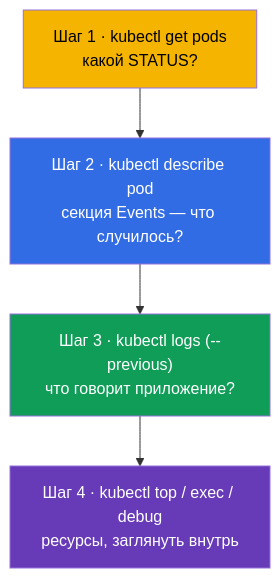
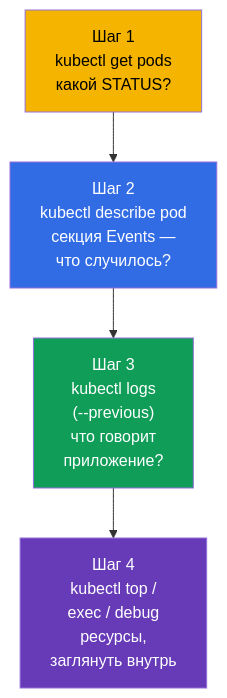
The first of 6 diagrams in tasks/cka/course/29/ru.md (ViktorUJ/cks), drawn with Mermaid before and after one commit. The commit also changed other lines of this file and 30 other files, not shown here.

````diff
--- a/tasks/cka/course/29/ru.md
+++ b/tasks/cka/course/29/ru.md
@@ -13,10 +13,10 @@
 ```mermaid
 flowchart TB
-    s1["Шаг 1 · kubectl get pods<br>какой STATUS?"] --> s2["Шаг 2 · kubectl describe pod<br>секция Events — что случилось?"]
-    s2 --> s3["Шаг 3 · kubectl logs (--previous)<br>что говорит приложение?"]
-    s3 --> s4["Шаг 4 · kubectl top / exec / debug<br>ресурсы, заглянуть внутрь"]
+    s1["Шаг 1<br>kubectl get pods<br>какой STATUS?"] --> s2["Шаг 2<br>kubectl describe pod<br>секция Events —<br>что случилось?"]
+    s2 --> s3["Шаг 3<br>kubectl logs<br>(--previous)<br>что говорит<br>приложение?"]
+    s3 --> s4["Шаг 4<br>kubectl top /<br>exec / debug<br>ресурсы,<br>заглянуть внутрь"]
     style s1 fill:#f4b400,color:#000
     style s2 fill:#326ce5,color:#fff
     style s3 fill:#0f9d58,color:#fff
     style s4 fill:#673ab7,color:#fff
 ```
````
